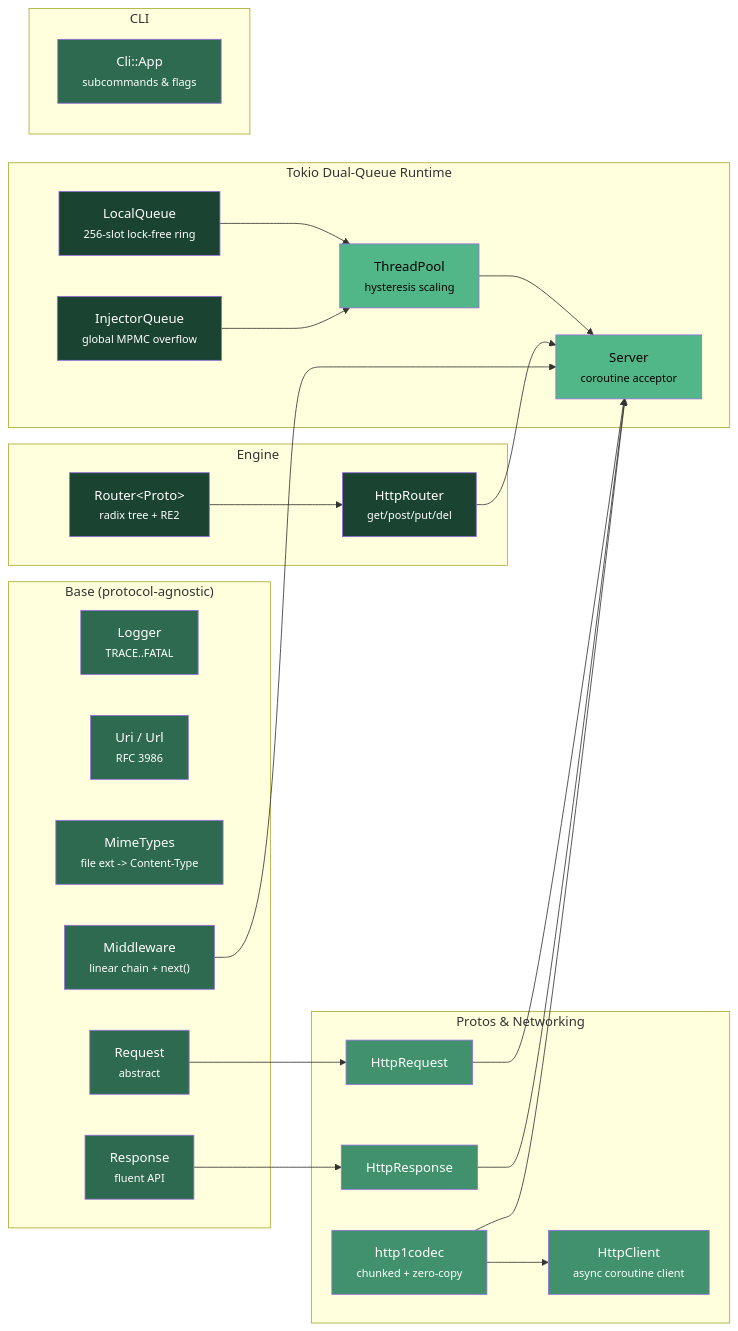
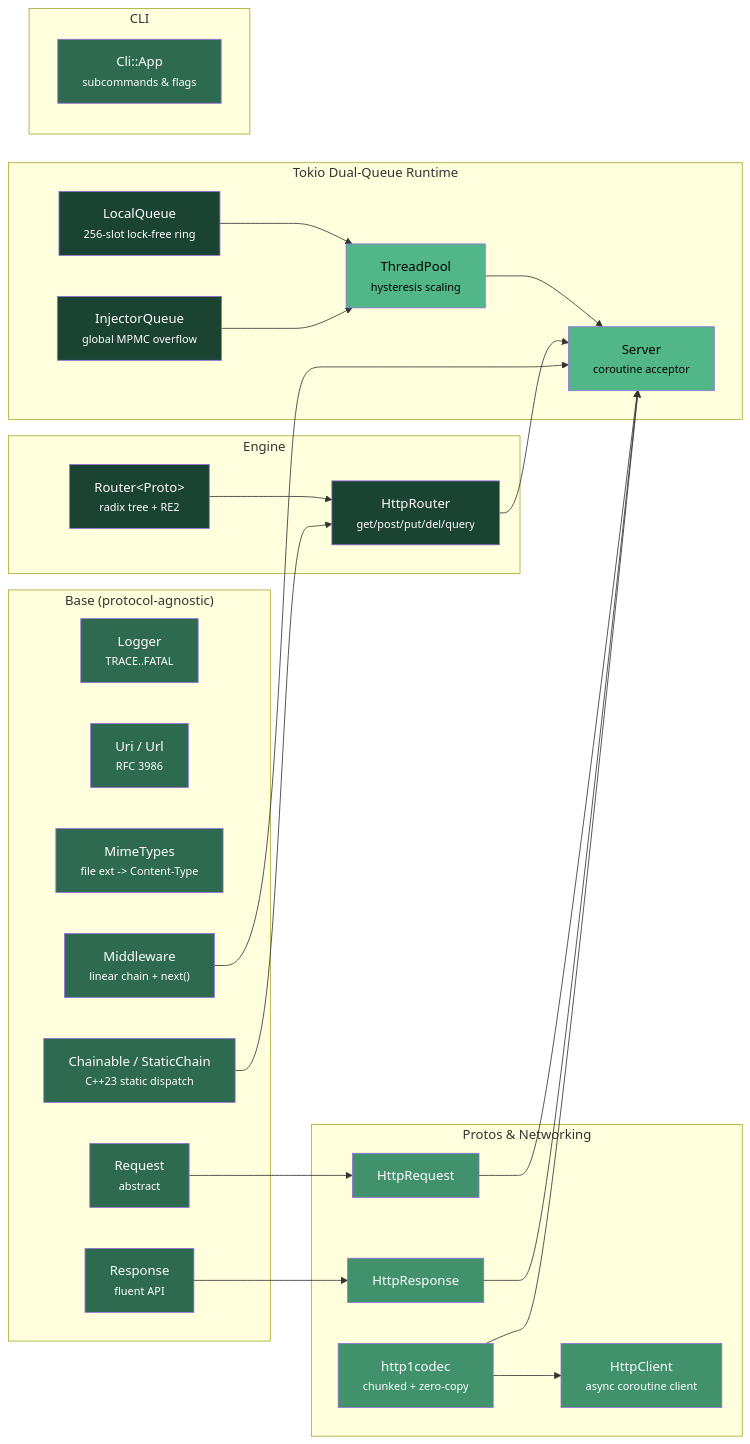
Before and after one commit to Jyotipm05/Nexus: the diagram in README.md, drawn with Mermaid. The commit also changed other lines of this file and 6 other files, not shown here.

Commit message:
Enhance HttpRouter with StaticChain integration for route registration and add QUERY method support. Introduce ConditionalChainable for runtime handler toggling. Update README with new features and examples.

````diff
--- a/README.md
+++ b/README.md
@@ -219,65 +232,68 @@
 ```mermaid
 graph LR
     subgraph "Base (protocol-agnostic)"
         Logger["Logger<br/><small>TRACE..FATAL</small>"]
         Uri["Uri / Url<br/><small>RFC 3986</small>"]
         Mime["MimeTypes<br/><small>file ext -> Content-Type</small>"]
+        Chainable["Chainable / StaticChain<br/><small>C++23 static dispatch</small>"]
         Req["Request<br/><small>abstract</small>"]
         Res["Response<br/><small>fluent API</small>"]
         MW["Middleware<br/><small>linear chain + next()</small>"]
     end
 
     subgraph "Engine"
         Router["Router&lt;Proto&gt;<br/><small>radix tree + RE2</small>"]
-        HttpRouter["HttpRouter<br/><small>get/post/put/del</small>"]
+        HttpRouter["HttpRouter<br/><small>get/post/put/del/query</small>"]
         Router --> HttpRouter
     end
 
     subgraph "Tokio Dual-Queue Runtime"
         LocalQ["LocalQueue<br/><small>256-slot lock-free ring</small>"]
         InjQ["InjectorQueue<br/><small>global MPMC overflow</small>"]
         Pool["ThreadPool<br/><small>hysteresis scaling</small>"]
         Server["Server<br/><small>coroutine acceptor</small>"]
         LocalQ --> Pool
         InjQ --> Pool
         Pool --> Server
     end
 
     subgraph "Protos & Networking"
         Codec["http1codec<br/><small>chunked + zero-copy</small>"]
         HReq["HttpRequest"]
         HRes["HttpResponse"]
         Client["HttpClient<br/><small>async coroutine client</small>"]
         HReq --> Server
         HRes --> Server
     end
 
     subgraph "CLI"
         CLIApp["Cli::App<br/><small>subcommands & flags</small>"]
     end
 
     Req --> HReq
     Res --> HRes
+    Chainable --> HttpRouter
     HttpRouter --> Server
     MW --> Server
     Codec --> Server
     Codec --> Client
 
     style Logger fill:#2d6a4f,color:#fff
     style Uri fill:#2d6a4f,color:#fff
     style Mime fill:#2d6a4f,color:#fff
+    style Chainable fill:#2d6a4f,color:#fff
     style Req fill:#2d6a4f,color:#fff
     style Res fill:#2d6a4f,color:#fff
     style MW fill:#2d6a4f,color:#fff
     style Router fill:#1b4332,color:#fff
     style HttpRouter fill:#1b4332,color:#fff
     style Codec fill:#40916c,color:#fff
     style HReq fill:#40916c,color:#fff
     style HRes fill:#40916c,color:#fff
     style Client fill:#40916c,color:#fff
     style CLIApp fill:#2d6a4f,color:#fff
     style Server fill:#52b788,color:#000
     style LocalQ fill:#1b4332,color:#fff
     style InjQ fill:#1b4332,color:#fff
     style Pool fill:#52b788,color:#000
 ```
````
